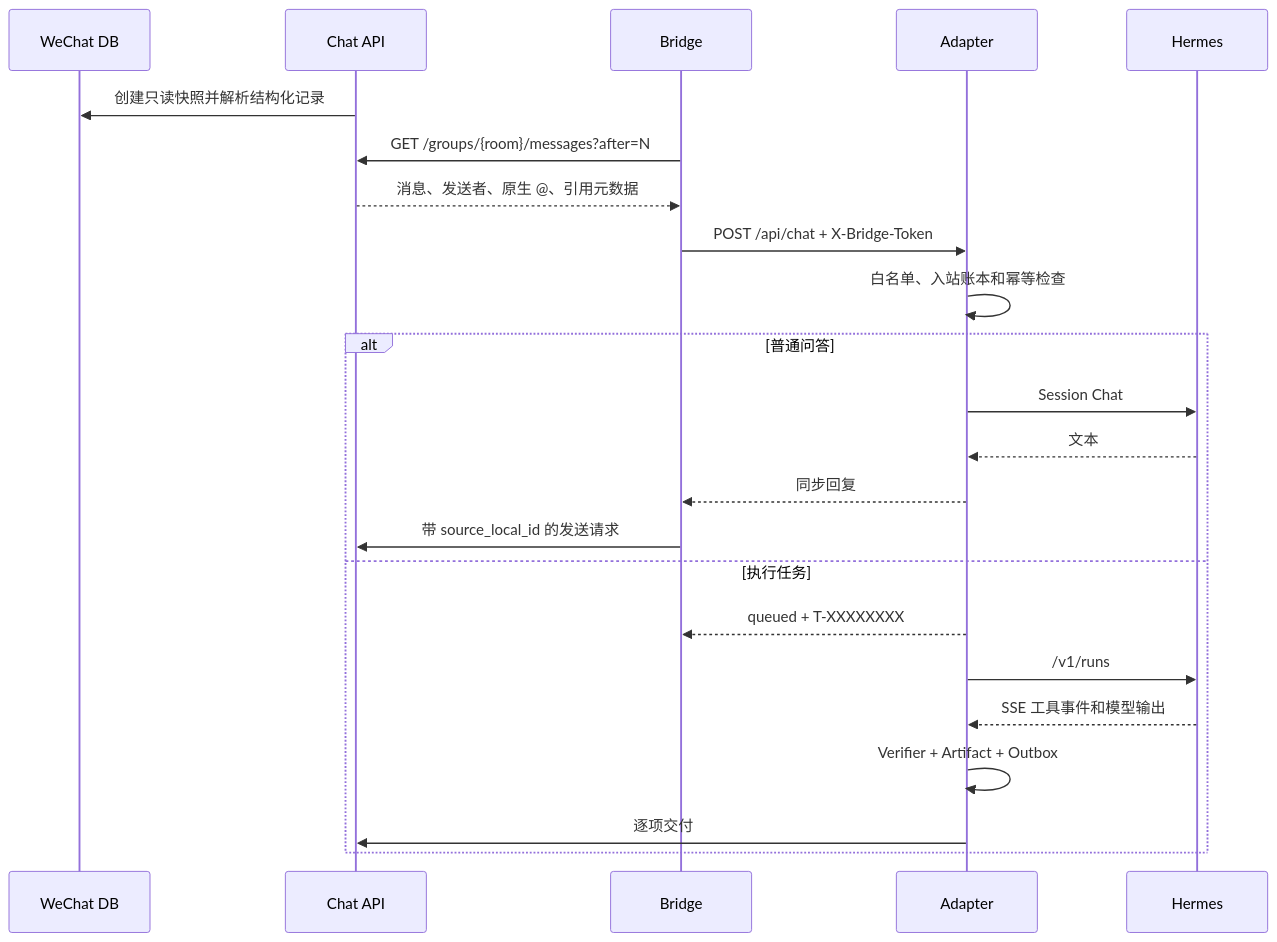
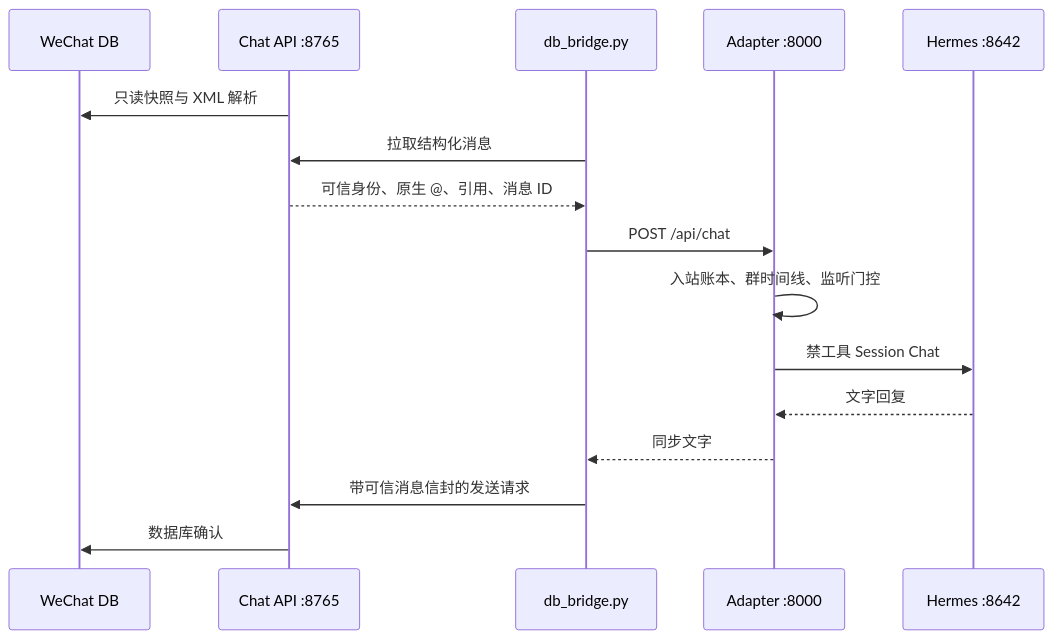
Before and after one commit to hepderen/wechat-hermes-agent: the diagram in docs/architecture.md, drawn with Mermaid. The commit also changed other lines of this file and 32 other files, not shown here.

````diff
--- a/docs/architecture.md
+++ b/docs/architecture.md
@@ -57,26 +7,19 @@
 ```mermaid
 sequenceDiagram
     participant DB as WeChat DB
-    participant C as Chat API
-    participant B as Bridge
-    participant A as Adapter
-    participant H as Hermes
+    participant C as Chat API :8765
+    participant B as db_bridge.py
+    participant A as Adapter :8000
+    participant H as Hermes :8642
 
-    C->>DB: 创建只读快照并解析结构化记录
-    B->>C: GET /groups/{room}/messages?after=N
-    C-->>B: 消息、发送者、原生 @、引用元数据
-    B->>A: POST /api/chat + X-Bridge-Token
-    A->>A: 白名单、入站账本和幂等检查
-    alt 普通问答
-        A->>H: Session Chat
-        H-->>A: 文本
-        A-->>B: 同步回复
-        B->>C: 带 source_local_id 的发送请求
-    else 执行任务
-        A-->>B: queued + T-XXXXXXXX
-        A->>H: /v1/runs
-        H-->>A: SSE 工具事件和模型输出
-        A->>A: Verifier + Artifact + Outbox
-        A->>C: 逐项交付
-    end
+    C->>DB: 只读快照与 XML 解析
+    B->>C: 拉取结构化消息
+    C-->>B: 可信身份、原生 @、引用、消息 ID
+    B->>A: POST /api/chat
+    A->>A: 入站账本、群时间线、监听门控
+    A->>H: 禁工具 Session Chat
+    H-->>A: 文字回复
+    A-->>B: 同步文字
+    B->>C: 带可信消息信封的发送请求
+    C->>DB: 数据库确认
 ```
````
